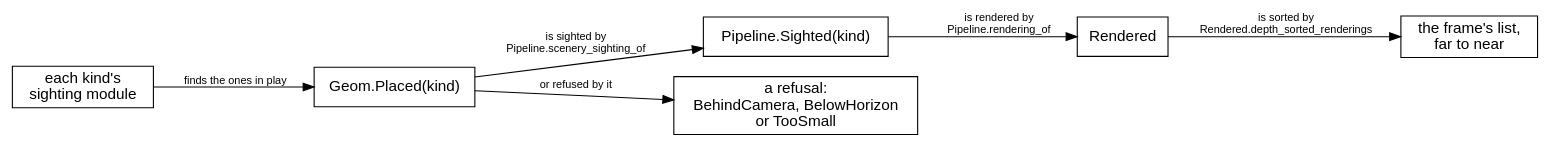
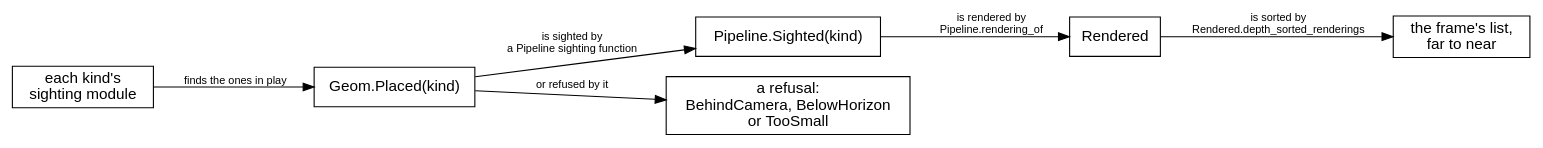
The third of 30 diagrams in canvas_apps/safari/tutorial/tutorial.md (showell/roc-apps), drawn with Graphviz before and after one commit. The commit also changed other lines of this file, not shown here.

Commit message:
The pipeline: the cold readers' fixes

````diff
--- a/canvas_apps/safari/tutorial/tutorial.md
+++ b/canvas_apps/safari/tutorial/tutorial.md
@@ -535,18 +535,18 @@
 ```dot
 digraph pipeline {
   rankdir=LR;
   node [shape=box, fontname="Helvetica"];
   edge [fontname="Helvetica", fontsize=10];
   finder [label="each kind's\nsighting module"];
   placed [label="Geom.Placed(kind)"];
   sighted [label="Pipeline.Sighted(kind)"];
   refused [label="a refusal:\nBehindCamera, BelowHorizon\nor TooSmall"];
   rendered [label="Rendered"];
   list [label="the frame's list,\nfar to near"];
   finder -> placed [label="  finds the ones in play"];
-  placed -> sighted [label="  is sighted by\n  Pipeline.scenery_sighting_of"];
+  placed -> sighted [label="  is sighted by\n  a Pipeline sighting function"];
   placed -> refused [label="  or refused by it"];
   sighted -> rendered [label="  is rendered by\n  Pipeline.rendering_of"];
   rendered -> list [label="  is sorted by\n  Rendered.depth_sorted_renderings"];
 }
 ```
````
